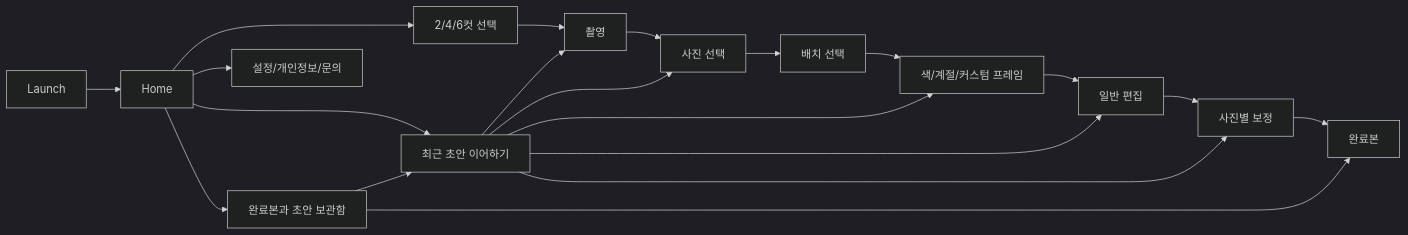
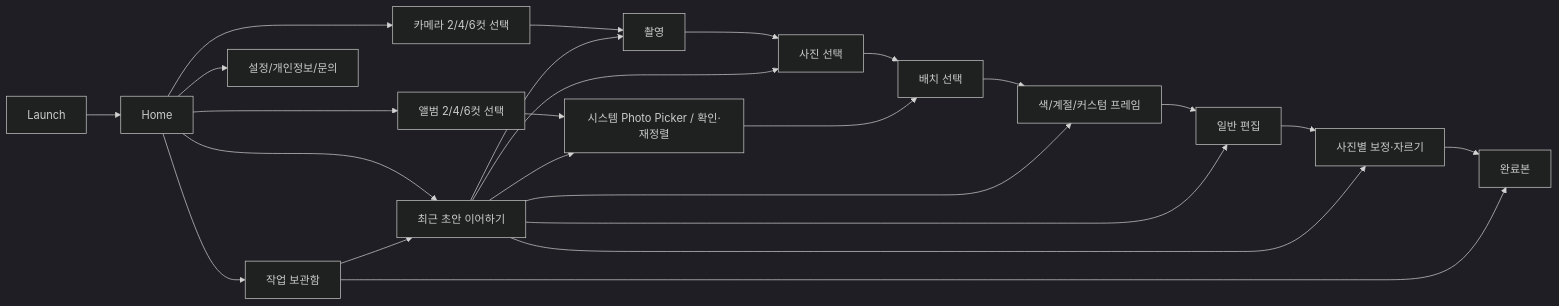
One commit to sin-jun-woo/Pocket-4Cut-Android changed the second of 2 diagrams in docs/ARCHITECTURE.md. Above: the diagram before and after it, drawn with Mermaid (dark theme). The commit also changed other lines of this file and 36 other files, not shown here.

Commit message:
feat: 앨범 가져오기와 사진별 자르기 추가

````diff
--- a/docs/ARCHITECTURE.md
+++ b/docs/ARCHITECTURE.md
@@ -48,22 +51,26 @@
 ```mermaid
 flowchart LR
     Launch --> Home
-    Home --> Type[2/4/6컷 선택]
-    Type --> Capture[촬영]
+    Home --> CameraType[카메라 2/4/6컷 선택]
+    Home --> AlbumType[앨범 2/4/6컷 선택]
+    CameraType --> Capture[촬영]
     Capture --> Select[사진 선택]
+    AlbumType --> Import[시스템 Photo Picker / 확인·재정렬]
     Select --> Layout[배치 선택]
+    Import --> Layout
     Layout --> Frame[색/계절/커스텀 프레임]
     Frame --> Edit[일반 편집]
-    Edit --> Detail[사진별 보정]
+    Edit --> Detail[사진별 보정·자르기]
     Detail --> Result[완료본]
     Home --> Resume[최근 초안 이어하기]
     Resume --> Capture
     Resume --> Select
+    Resume --> Import
     Resume --> Frame
     Resume --> Edit
     Resume --> Detail
-    Home --> Gallery[완료본과 초안 보관함]
+    Home --> Gallery[작업 보관함]
     Gallery --> Result
     Gallery --> Resume
     Home --> Settings[설정/개인정보/문의]
 ```
````
